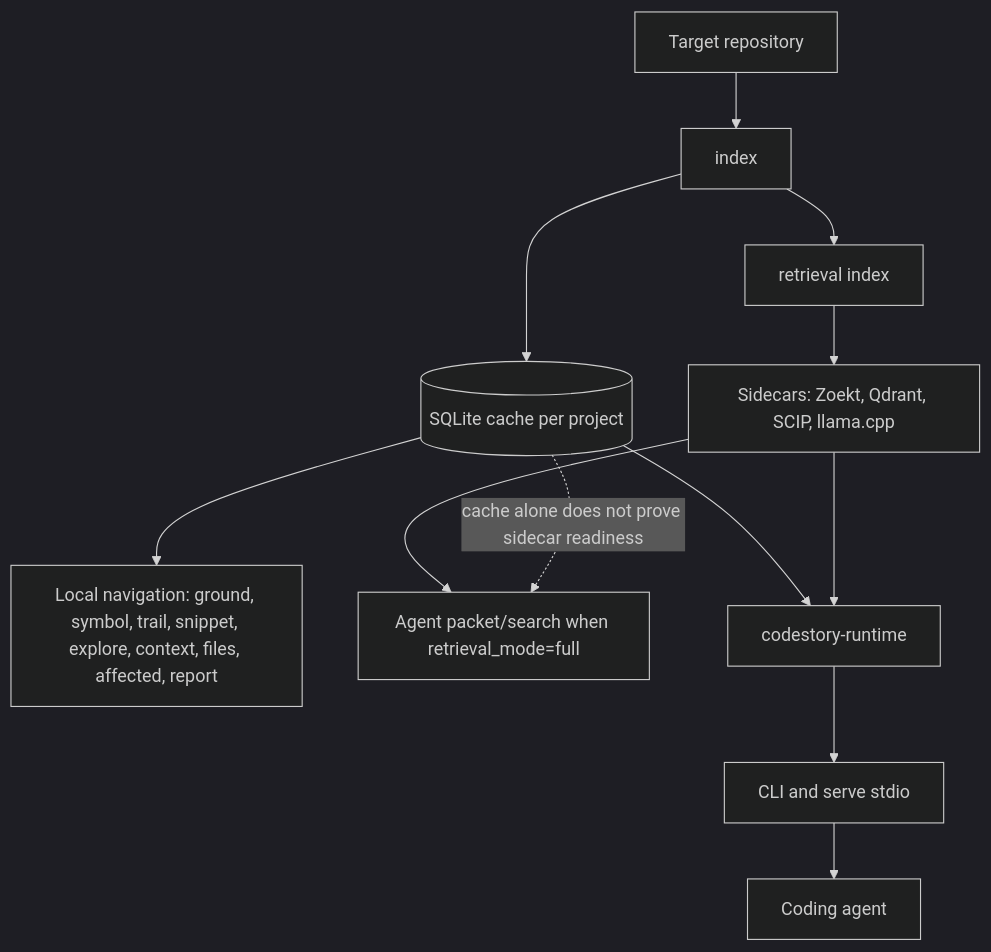
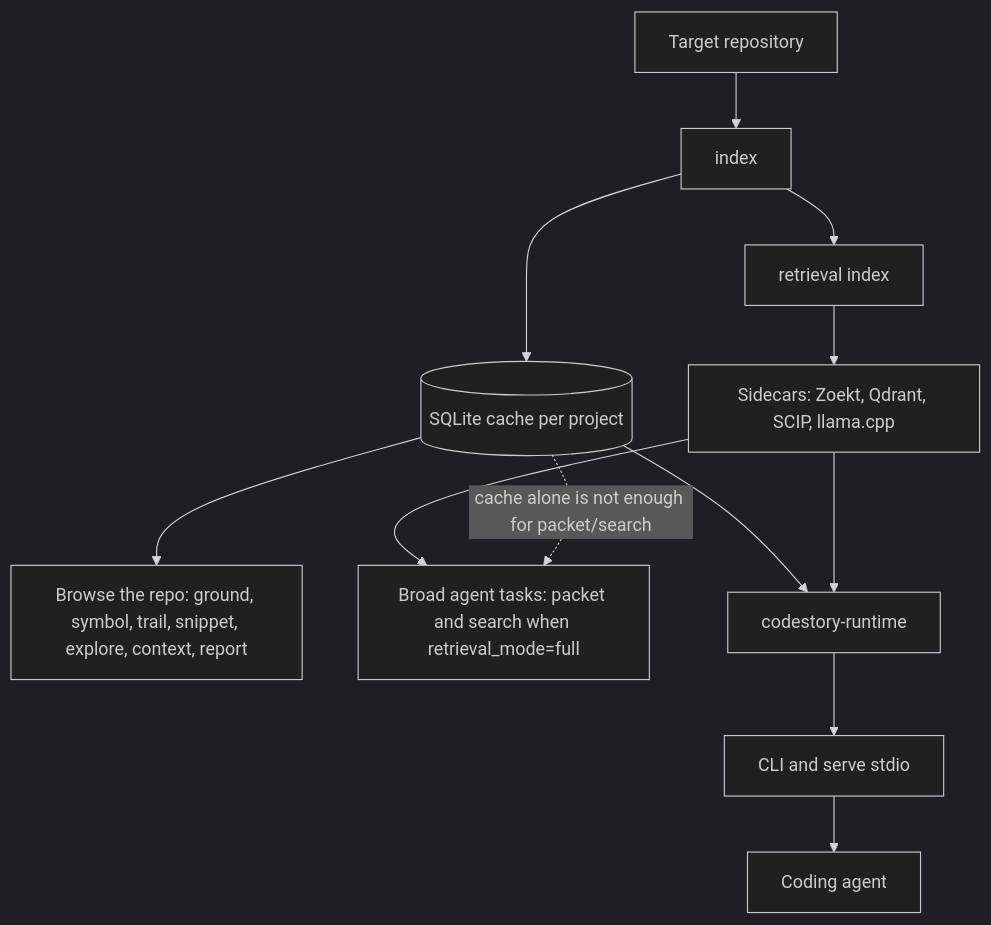
The diagram in README.md (TheGreenCedar/CodeStory), drawn with Mermaid (dark theme) before and after one commit. The commit also changed other lines of this file and 2 other files, not shown here.

````diff
--- a/README.md
+++ b/README.md
@@ -151,14 +29,14 @@
 ```mermaid
 flowchart TB
     repo[Target repository] --> index[index]
     index --> sqlite[(SQLite cache per project)]
     index --> rindex[retrieval index]
     rindex --> sidecars["Sidecars: Zoekt, Qdrant, SCIP, llama.cpp"]
-    sqlite --> localCmds["Local navigation: ground, symbol, trail, snippet, explore, context, files, affected, report"]
-    sidecars --> agentCmds["Agent packet/search when retrieval_mode=full"]
+    sqlite --> localCmds["Browse the repo: ground, symbol, trail, snippet, explore, context, report"]
+    sidecars --> agentCmds["Broad agent tasks: packet and search when retrieval_mode=full"]
     sqlite --> runtime[codestory-runtime]
     sidecars --> runtime
     runtime --> cli[CLI and serve stdio]
     cli --> agent[Coding agent]
-    sqlite -.->|"cache alone does not prove sidecar readiness"| agentCmds
+    sqlite -.->|"cache alone is not enough for packet/search"| agentCmds
 ```
````
